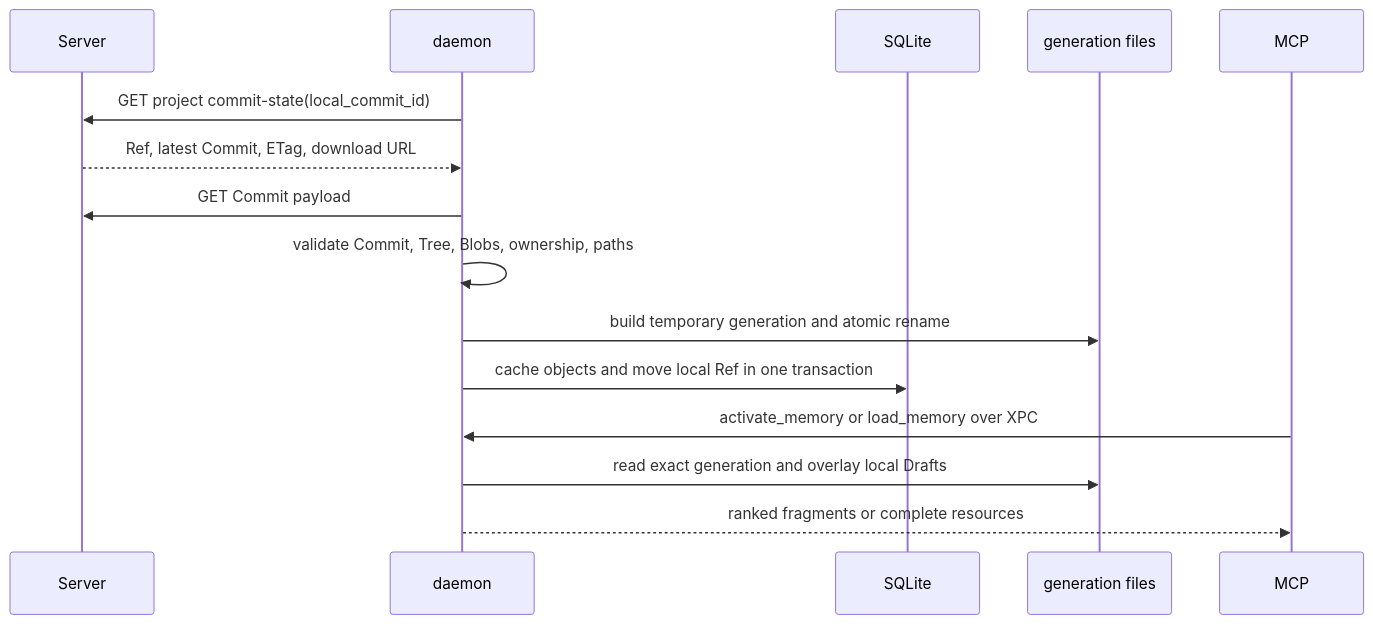
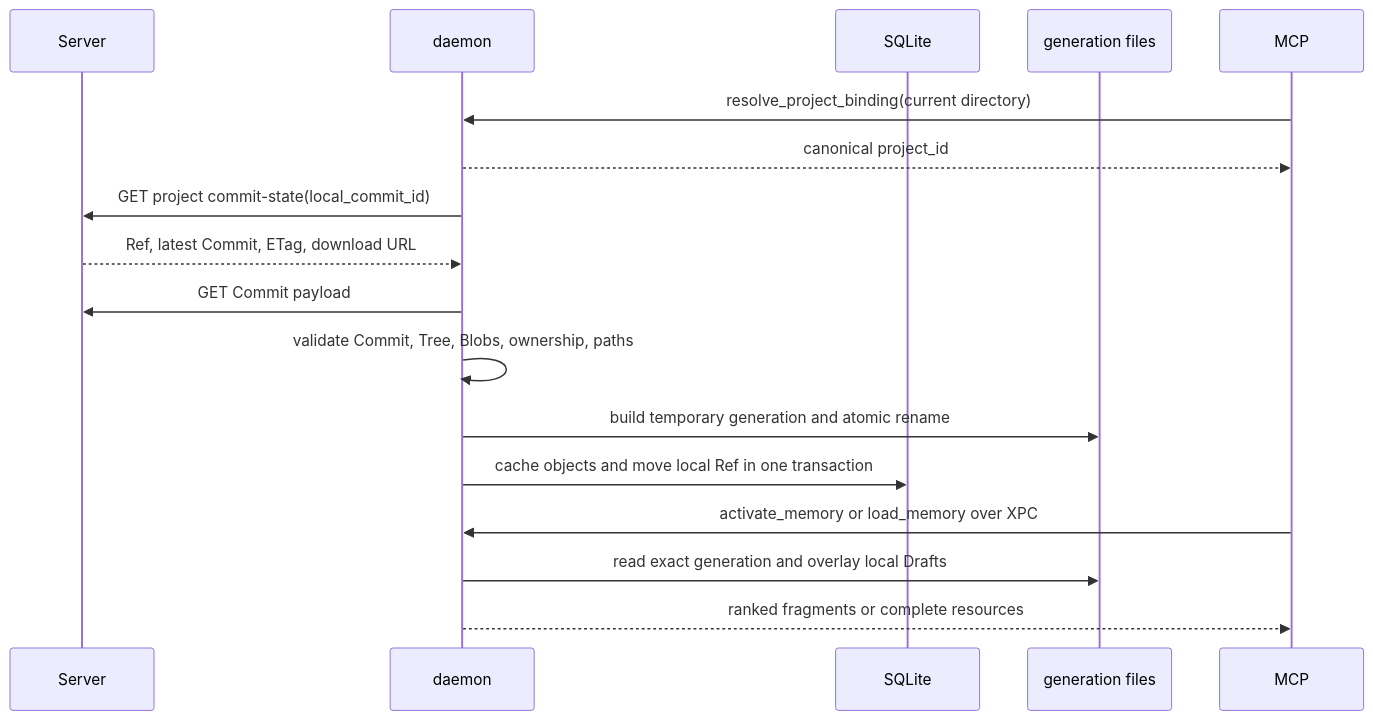
Before and after one commit to dylanwangeth/clumsies: the fourth of 4 diagrams in docs/architecture.md, drawn with Mermaid. The commit also changed other lines of this file and 42 other files, not shown here.

First line of the commit message:
memory: make draft reconciliation and project binding canonical

````diff
--- a/docs/architecture.md
+++ b/docs/architecture.md
@@ -105,18 +108,20 @@
 ```mermaid
 sequenceDiagram
     participant S as Server
     participant D as daemon
     participant DB as SQLite
     participant F as generation files
     participant M as MCP
 
+    M->>D: resolve_project_binding(current directory)
+    D-->>M: canonical project_id
     D->>S: GET project commit-state(local_commit_id)
     S-->>D: Ref, latest Commit, ETag, download URL
     D->>S: GET Commit payload
     D->>D: validate Commit, Tree, Blobs, ownership, paths
     D->>F: build temporary generation and atomic rename
     D->>DB: cache objects and move local Ref in one transaction
     M->>D: activate_memory or load_memory over XPC
     D->>F: read exact generation and overlay local Drafts
     D-->>M: ranked fragments or complete resources
 ```
````
